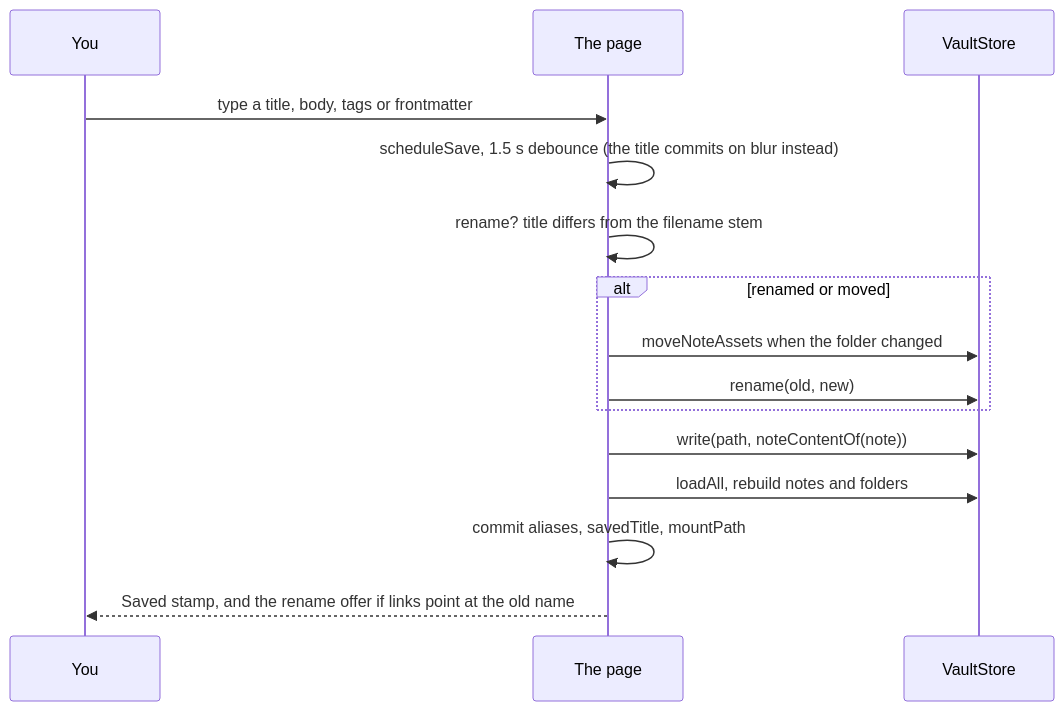
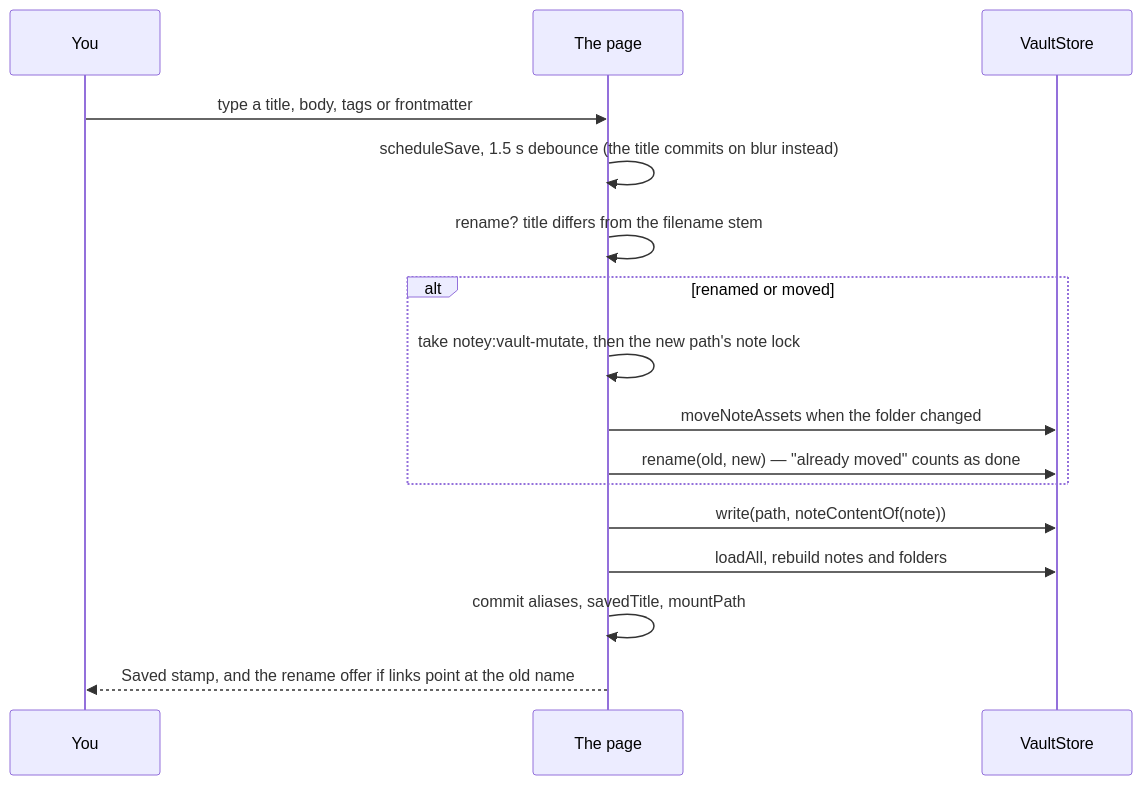
The third of 3 diagrams in docs/dev/data-layer.md (Kieran-s-Artisnal-Slop-Factory/notey), drawn with Mermaid before and after one commit. The commit also changed other lines of this file and 40 other files, not shown here.

````diff
--- a/docs/dev/data-layer.md
+++ b/docs/dev/data-layer.md
@@ -150,17 +301,18 @@
 ```mermaid
 sequenceDiagram
   participant U as You
   participant P as The page
   participant S as VaultStore
   U->>P: type a title, body, tags or frontmatter
   P->>P: scheduleSave, 1.5 s debounce (the title commits on blur instead)
   P->>P: rename? title differs from the filename stem
   alt renamed or moved
+    P->>P: take notey:vault-mutate, then the new path's note lock
     P->>S: moveNoteAssets when the folder changed
-    P->>S: rename(old, new)
+    P->>S: rename(old, new) — "already moved" counts as done
   end
   P->>S: write(path, noteContentOf(note))
   P->>S: loadAll, rebuild notes and folders
   P->>P: commit aliases, savedTitle, mountPath
   P-->>U: Saved stamp, and the rename offer if links point at the old name
 ```
````
